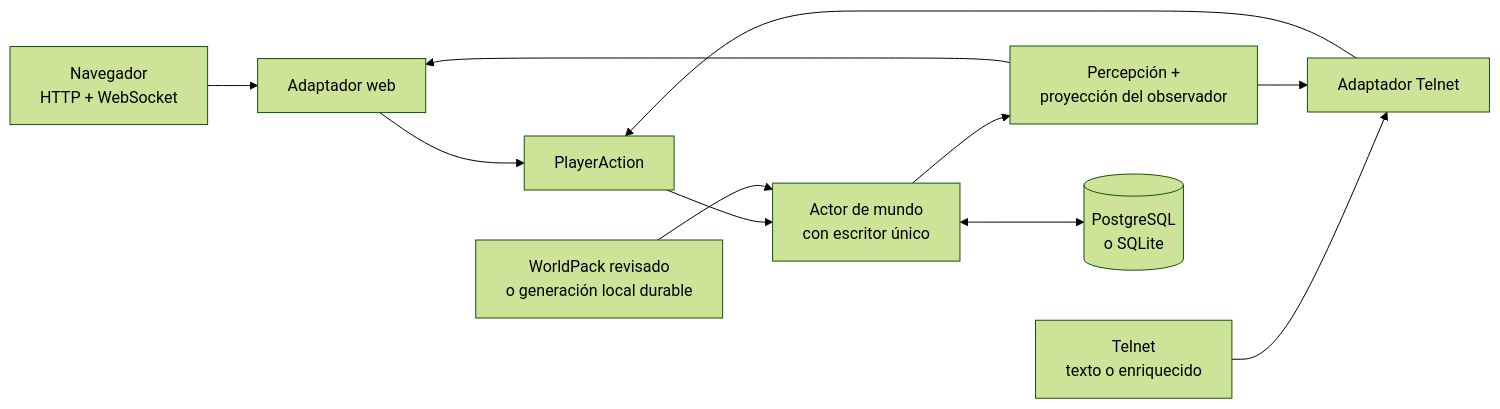
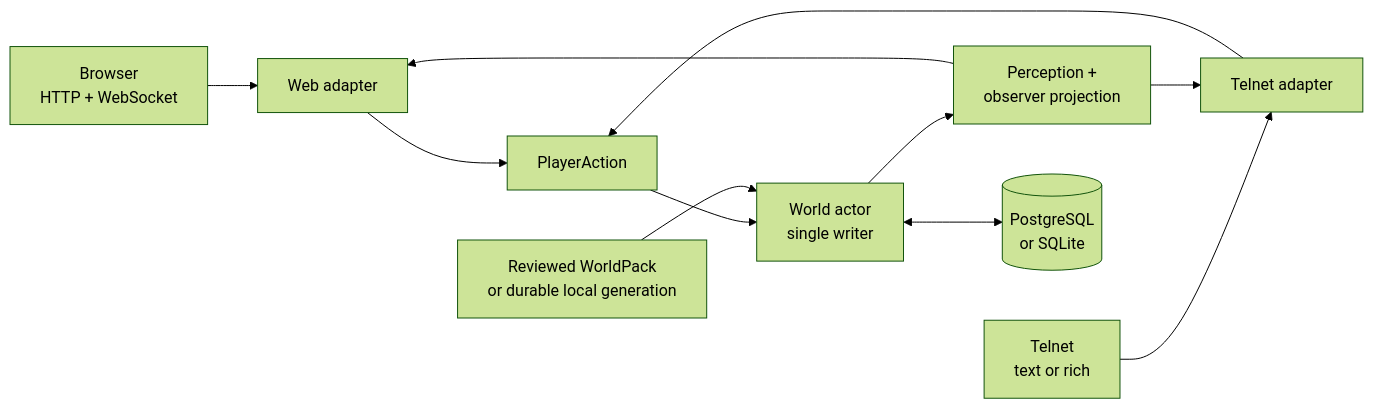
Before and after one commit to hyukudan/tiamud: the diagram in README.md, drawn with Mermaid (forest theme). The commit also changed other lines of this file and 11 other files, not shown here.

````diff
--- a/README.md
+++ b/README.md
@@ -99,16 +97,16 @@
 ```mermaid
 flowchart LR
-    accTitle: Arquitectura compartida de acciones de Tiamud
-    accDescr: Navegador y terminal comparten una ruta de dominio autorizada, la proyección por observador y un único sistema de persistencia seleccionado.
+    accTitle: Tiamud shared action architecture
+    accDescr: Browser and terminal share an authorized domain path, per-observer projection and a single selected persistence system.
 
-    Browser[Navegador<br/>HTTP + WebSocket] --> Web[Adaptador web]
-    Telnet[Telnet<br/>texto o enriquecido] --> TN[Adaptador Telnet]
+    Browser[Browser<br/>HTTP + WebSocket] --> Web[Web adapter]
+    Telnet[Telnet<br/>text or rich] --> TN[Telnet adapter]
     Web --> Action[PlayerAction]
     TN --> Action
-    Action --> Actor[Actor de mundo<br/>con escritor único]
-    Actor --> Projection[Percepción +<br/>proyección del observador]
+    Action --> Actor[World actor<br/>single writer]
+    Actor --> Projection[Perception +<br/>observer projection]
     Projection --> Web
     Projection --> TN
-    Actor <--> Store[(PostgreSQL<br/>o SQLite)]
-    Pack[WorldPack revisado<br/>o generación local durable] --> Actor
+    Actor <--> Store[(PostgreSQL<br/>or SQLite)]
+    Pack[Reviewed WorldPack<br/>or durable local generation] --> Actor
 ```
````
